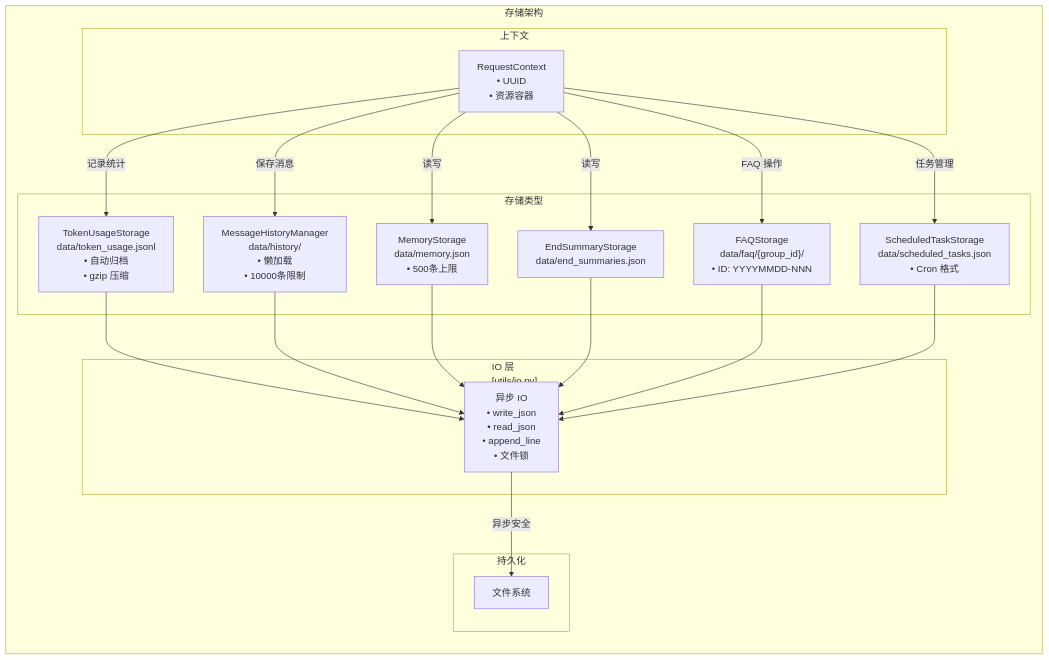
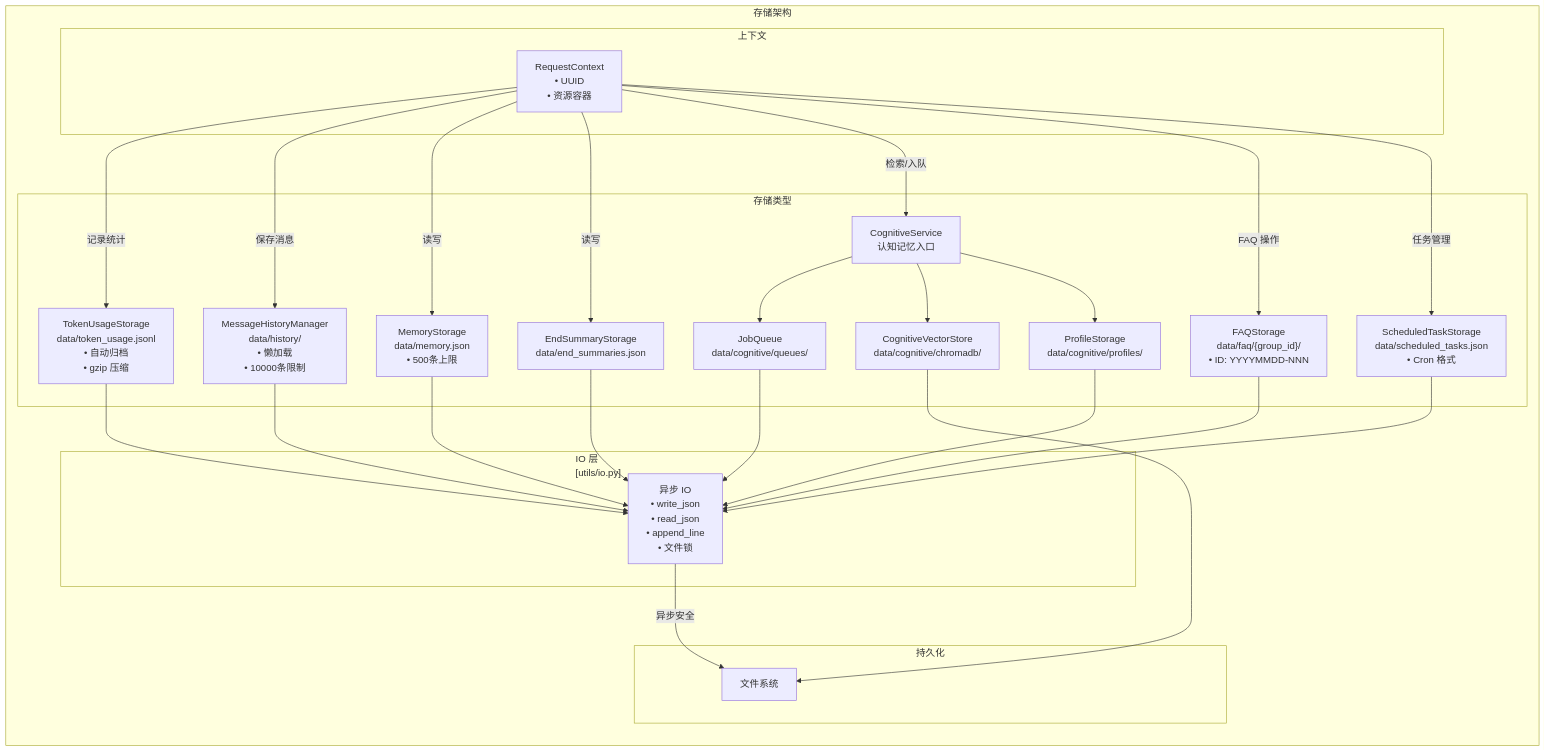
Before and after one commit to 69gg/Undefined: the fourth of 8 diagrams in ARCHITECTURE.md, drawn with Mermaid. The commit also changed other lines of this file, not shown here.

Commit message:
docs: sync architecture with cognitive memory pipeline

````diff
--- a/ARCHITECTURE.md
+++ b/ARCHITECTURE.md
@@ -474,42 +498,54 @@
 ```mermaid
 graph LR
     subgraph StorageArchitecture["存储架构"]
         subgraph Context["上下文"]
             RC["RequestContext<br/>• UUID<br/>• 资源容器"]
         end
         
         subgraph IOLayer["IO 层<br/>[utils/io.py]"]
             IO["异步 IO<br/>• write_json<br/>• read_json<br/>• append_line<br/>• 文件锁"]
         end
         
         subgraph StorageTypes["存储类型"]
             History["MessageHistoryManager<br/>data/history/<br/>• 懒加载<br/>• 10000条限制"]
             Memory["MemoryStorage<br/>data/memory.json<br/>• 500条上限"]
             EndSummary["EndSummaryStorage<br/>data/end_summaries.json"]
+            CognitiveSvc["CognitiveService<br/>认知记忆入口"]
+            CognitiveQueue["JobQueue<br/>data/cognitive/queues/"]
+            CognitiveVector["CognitiveVectorStore<br/>data/cognitive/chromadb/"]
+            CognitiveProfile["ProfileStorage<br/>data/cognitive/profiles/"]
             FAQ["FAQStorage<br/>data/faq/{group_id}/<br/>• ID: YYYYMMDD-NNN"]
             Tasks["ScheduledTaskStorage<br/>data/scheduled_tasks.json<br/>• Cron 格式"]
             TokenUsage["TokenUsageStorage<br/>data/token_usage.jsonl<br/>• 自动归档<br/>• gzip 压缩"]
         end
         
         subgraph Persistence["持久化"]
             FS["文件系统"]
         end
     end
     
     %% 连接
     RC -->|"记录统计"| TokenUsage
     RC -->|"保存消息"| History
     RC -->|"读写"| Memory
     RC -->|"读写"| EndSummary
+    RC -->|"检索/入队"| CognitiveSvc
     RC -->|"FAQ 操作"| FAQ
     RC -->|"任务管理"| Tasks
+    
+    CognitiveSvc --> CognitiveQueue
+    CognitiveSvc --> CognitiveVector
+    CognitiveSvc --> CognitiveProfile
     
     TokenUsage --> IO
     History --> IO
     Memory --> IO
     EndSummary --> IO
+    CognitiveQueue --> IO
+    CognitiveProfile --> IO
     FAQ --> IO
     Tasks --> IO
+    CognitiveVector --> FS
     
     IO -->|"异步安全"| FS
 ```
````
